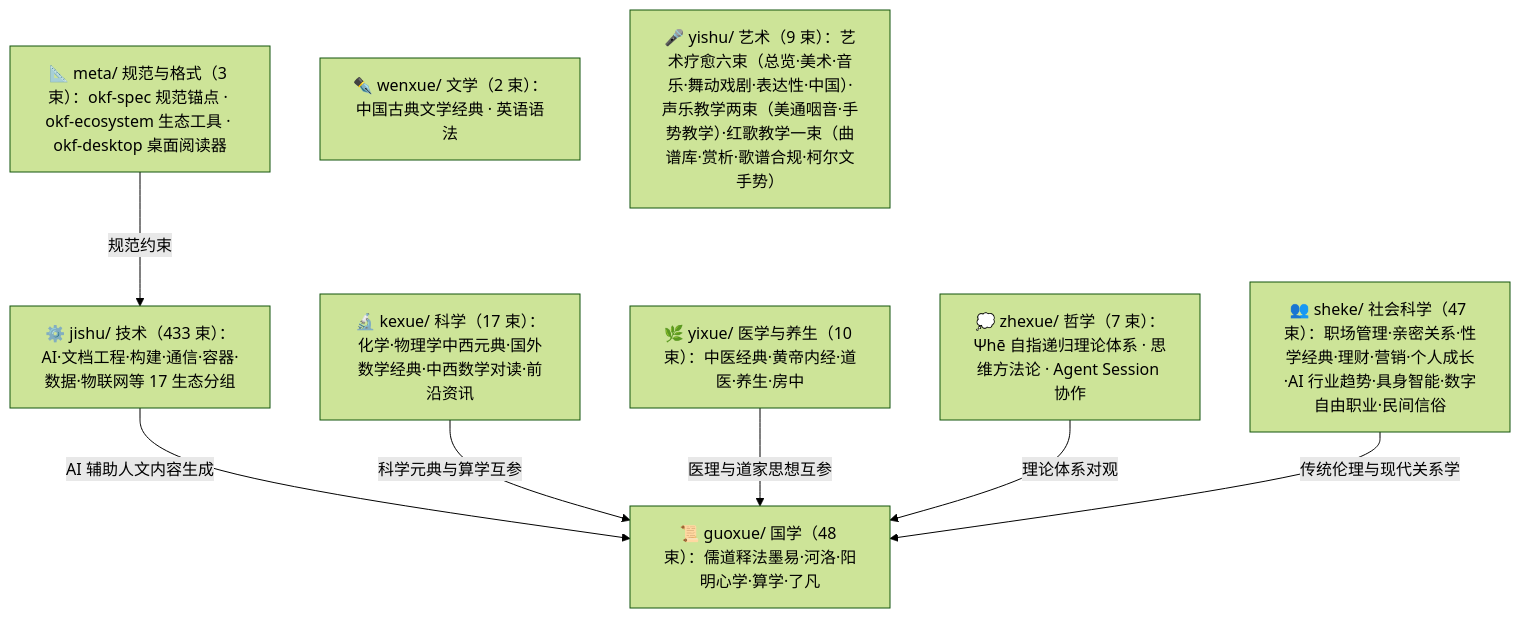
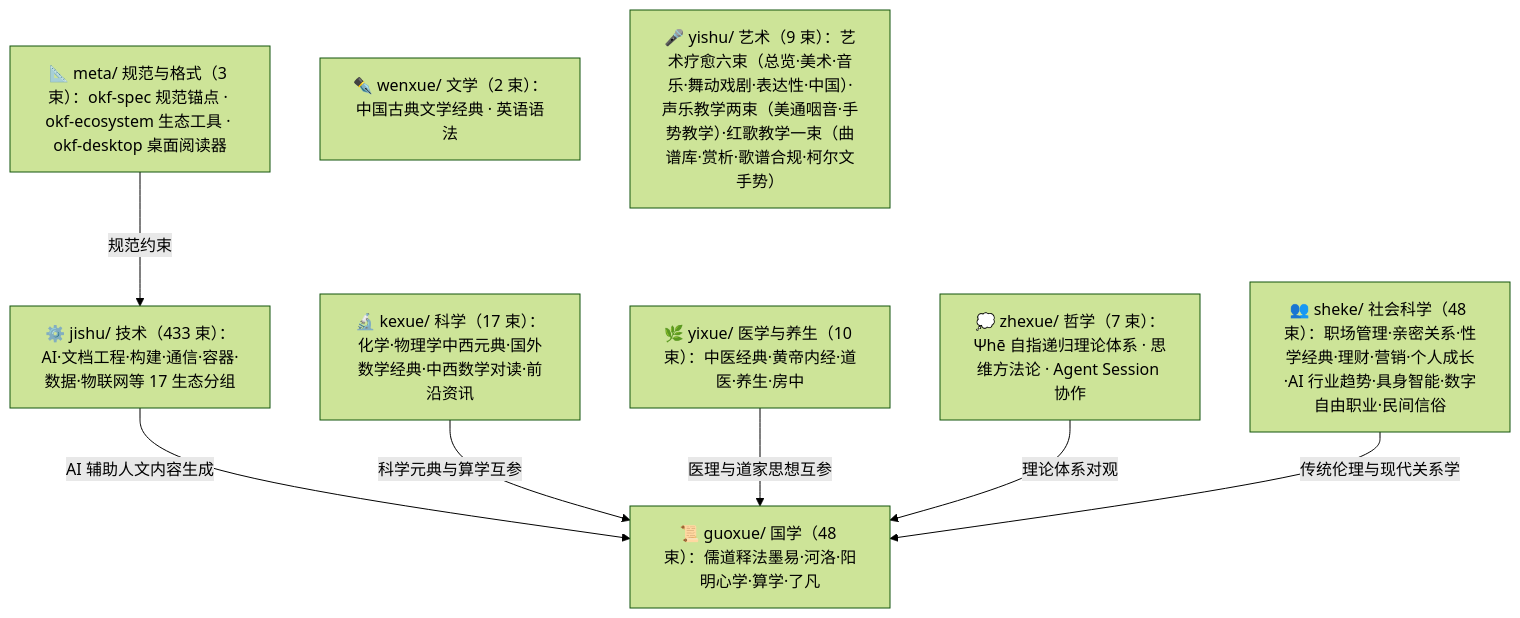
One commit to awesome-flexloop/awesome-okf changed the diagram in doc/bundles/index.md. Above: the diagram before and after it, drawn with Mermaid (forest theme). The commit also changed other lines of this file and 23 other files, not shown here.

````diff
--- a/doc/bundles/index.md
+++ b/doc/bundles/index.md
@@ -21,18 +21,18 @@
 ```mermaid
 flowchart TD
     meta["📐 meta/ 规范与格式（3 束）：okf-spec 规范锚点 · okf-ecosystem 生态工具 · okf-desktop 桌面阅读器"]
     guoxue["📜 guoxue/ 国学（48 束）：儒道释法墨易·河洛·阳明心学·算学·了凡"]
     zhexue["💭 zhexue/ 哲学（7 束）：Ψhē 自指递归理论体系 · 思维方法论 · Agent Session 协作"]
     kexue["🔬 kexue/ 科学（17 束）：化学·物理学中西元典·国外数学经典·中西数学对读·前沿资讯"]
     wenxue["✒️ wenxue/ 文学（2 束）：中国古典文学经典 · 英语语法"]
     yixue["🌿 yixue/ 医学与养生（10 束）：中医经典·黄帝内经·道医·养生·房中"]
-    sheke["👥 sheke/ 社会科学（47 束）：职场管理·亲密关系·性学经典·理财·营销·个人成长·AI 行业趋势·具身智能·数字自由职业·民间信俗"]
+    sheke["👥 sheke/ 社会科学（48 束）：职场管理·亲密关系·性学经典·理财·营销·个人成长·AI 行业趋势·具身智能·数字自由职业·民间信俗"]
     yishu["🎤 yishu/ 艺术（9 束）：艺术疗愈六束（总览·美术·音乐·舞动戏剧·表达性·中国）·声乐教学两束（美通咽音·手势教学）·红歌教学一束（曲谱库·赏析·歌谱合规·柯尔文手势）"]
     jishu["⚙️ jishu/ 技术（433 束）：AI·文档工程·构建·通信·容器·数据·物联网等 17 生态分组"]
     meta -->|"规范约束"| jishu
     jishu -->|"AI 辅助人文内容生成"| guoxue
     kexue -->|"科学元典与算学互参"| guoxue
     yixue -->|"医理与道家思想互参"| guoxue
     zhexue -->|"理论体系对观"| guoxue
     sheke -->|"传统伦理与现代关系学"| guoxue
 ```
````
